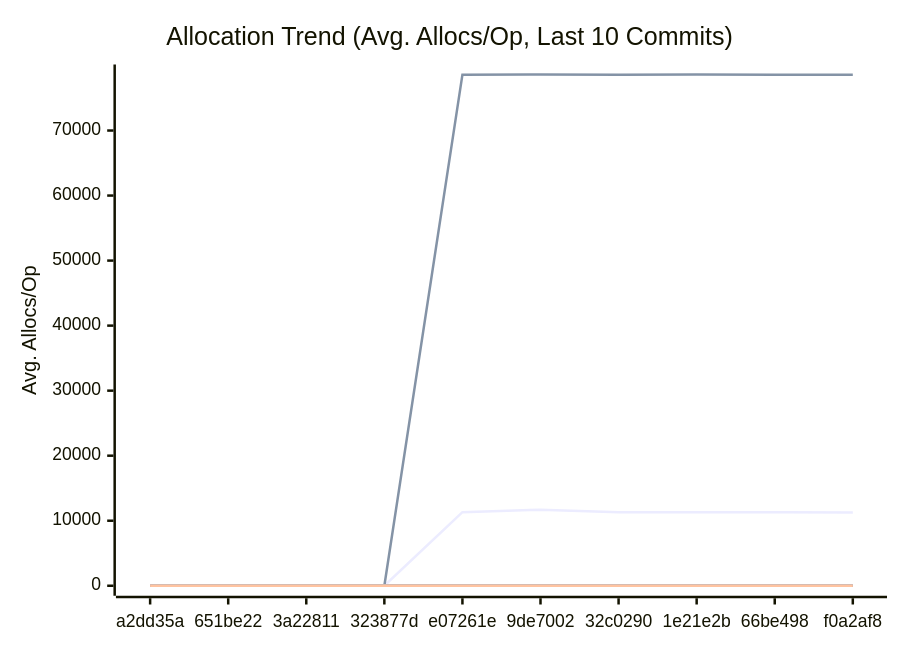
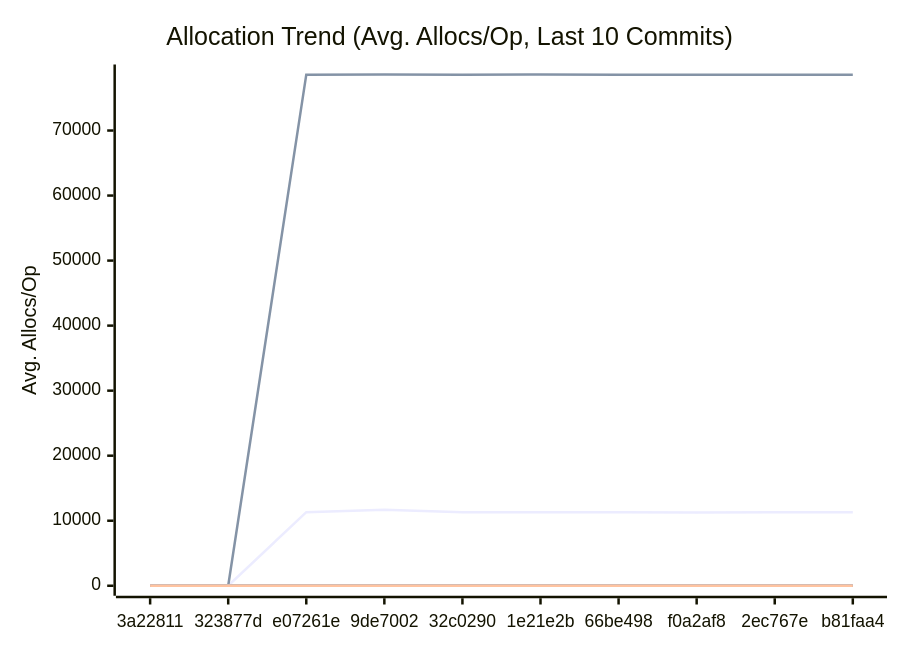
Before and after one commit to alsotoes/momo: the third of 3 diagrams in docs/PERFORMANCE.md, drawn with Mermaid. The commit also changed other lines of this file and 7 other files, not shown here.

````diff
--- a/docs/PERFORMANCE.md
+++ b/docs/PERFORMANCE.md
@@ -197,20 +197,20 @@
 ```mermaid
 xychart-beta
     title "Allocation Trend (Avg. Allocs/Op, Last 10 Commits)"
     x-axis "Commit"
     y-axis "Avg. Allocs/Op"
-    x-axis [a2dd35a,651be22,3a22811,323877d,e07261e,9de7002,32c0290,1e21e2b,66be498,f0a2af8]
-    line "AWSChunkedReaderSigned" [0,0,0,0,11316,11705,11290,11320,11284,11279]
-    line "AWSChunkedReaderUnsigned" [0,0,0,0,78590,78616,78594,78612,78570,78565]
+    x-axis [3a22811,323877d,e07261e,9de7002,32c0290,1e21e2b,66be498,f0a2af8,2ec767e,b81faa4]
+    line "AWSChunkedReaderSigned" [0,0,11316,11705,11290,11320,11284,11279,11295,11290]
+    line "AWSChunkedReaderUnsigned" [0,0,78590,78616,78594,78612,78570,78565,78569,78578]
     line "CheckMetricsAndSwap" [0,0,0,0,0,0,0,0,0,0]
     line "CrushOptimized" [0,0,0,0,0,0,0,0,0,0]
     line "CrushOriginal" [3,3,3,3,3,3,3,3,3,3]
     line "IndexDirectTracking" [0,0,0,0,0,0,0,0,0,0]
     line "IndexSearch" [0,0,0,0,0,0,0,0,0,0]
     line "LoadGlobalConfig" [46,46,46,46,46,46,46,46,46,46]
     line "PadString" [1,1,1,1,1,1,1,1,1,1]
     line "ParseReplicationOrder_NoPrealloc" [6,6,6,6,6,5,5,5,5,5]
     line "ParseReplicationOrder_Prealloc" [2,2,2,2,2,1,1,1,1,1]
     line "SanitizeLog/Safe" [0,0,0,0,0,0,0,0,0,0]
     line "SanitizeLog/Unsafe" [1,1,1,1,1,1,1,1,1,1]
 ```
````
